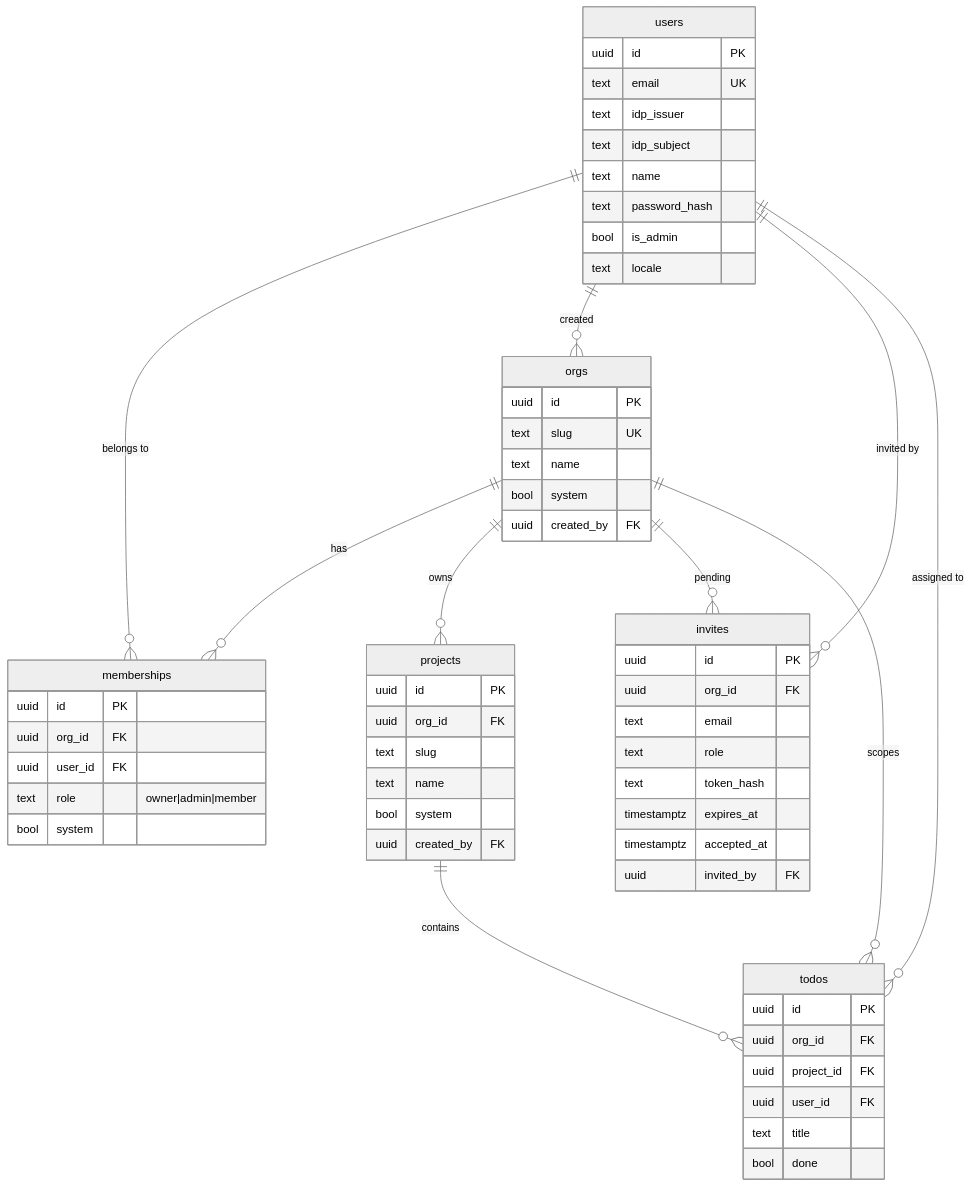
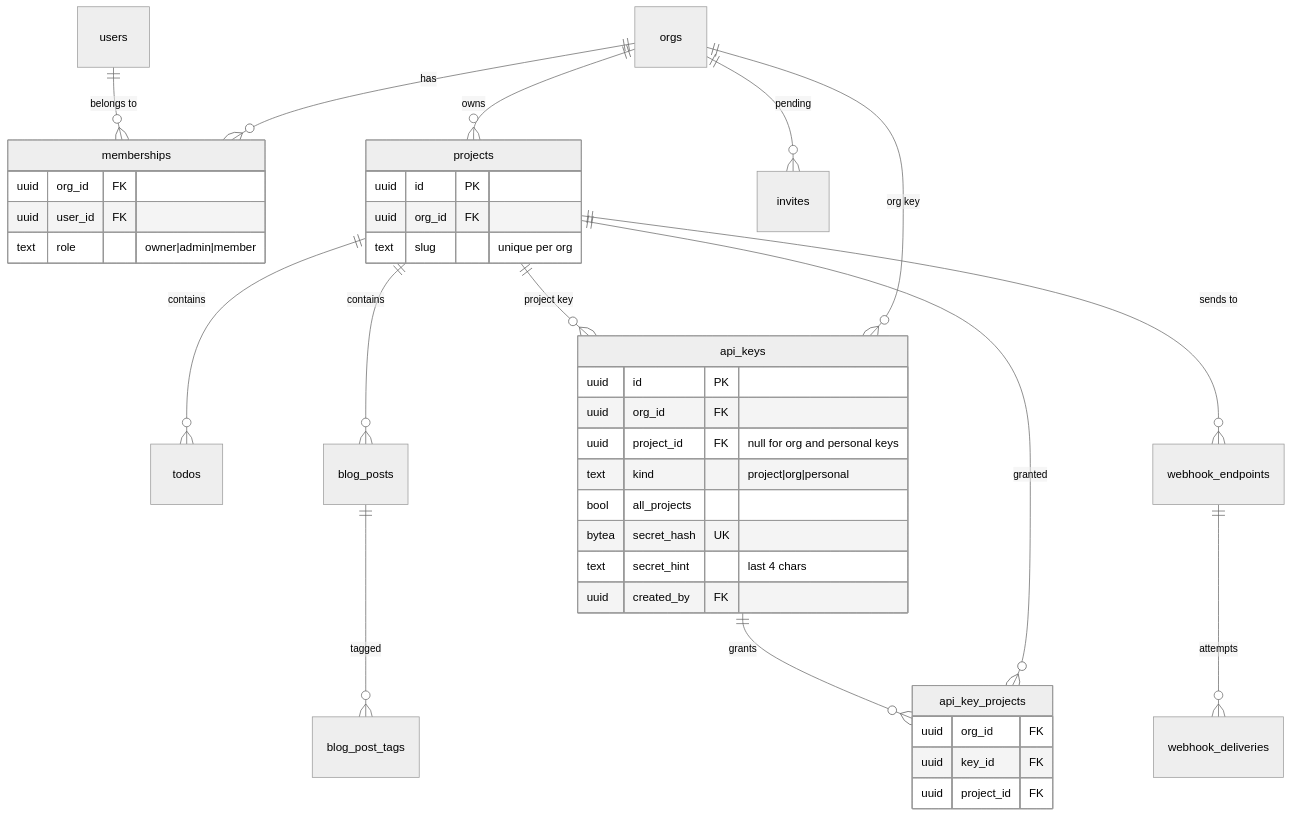
Before and after one commit to altalune-id/yasaku: the first of 2 diagrams in schema/README.md, drawn with Mermaid (neutral theme). The commit also changed other lines of this file and 1015 other files, not shown here.

````diff
--- a/schema/README.md
+++ b/schema/README.md
@@ -29,63 +36,42 @@
 ```mermaid
 erDiagram
     users ||--o{ memberships : "belongs to"
-    users ||--o{ orgs : "created"
-    users ||--o{ invites : "invited by"
-    users ||--o{ todos : "assigned to"
     orgs ||--o{ memberships : "has"
     orgs ||--o{ projects : "owns"
     orgs ||--o{ invites : "pending"
-    orgs ||--o{ todos : "scopes"
     projects ||--o{ todos : "contains"
+    projects ||--o{ blog_posts : "contains"
+    blog_posts ||--o{ blog_post_tags : "tagged"
+    projects ||--o{ api_keys : "project key"
+    orgs ||--o{ api_keys : "org key"
+    api_keys ||--o{ api_key_projects : "grants"
+    projects ||--o{ api_key_projects : "granted"
+    projects ||--o{ webhook_endpoints : "sends to"
+    webhook_endpoints ||--o{ webhook_deliveries : "attempts"
 
-    users {
-        uuid id PK
-        text email UK
-        text idp_issuer
-        text idp_subject
-        text name
-        text password_hash
-        bool is_admin
-        text locale
-    }
-    orgs {
-        uuid id PK
-        text slug UK
-        text name
-        bool system
-        uuid created_by FK
-    }
     memberships {
-        uuid id PK
         uuid org_id FK
         uuid user_id FK
         text role "owner|admin|member"
-        bool system
     }
     projects {
         uuid id PK
         uuid org_id FK
-        text slug
-        text name
-        bool system
+        text slug "unique per org"
+    }
+    api_keys {
+        uuid id PK
+        uuid org_id FK
+        uuid project_id FK "null for org and personal keys"
+        text kind "project|org|personal"
+        bool all_projects
+        bytea secret_hash UK
+        text secret_hint "last 4 chars"
         uuid created_by FK
     }
-    invites {
-        uuid id PK
+    api_key_projects {
         uuid org_id FK
-        text email
-        text role
-        text token_hash
-        timestamptz expires_at
-        timestamptz accepted_at
-        uuid invited_by FK
-    }
-    todos {
-        uuid id PK
-        uuid org_id FK
+        uuid key_id FK
         uuid project_id FK
-        uuid user_id FK
-        text title
-        bool done
     }
 ```
````
